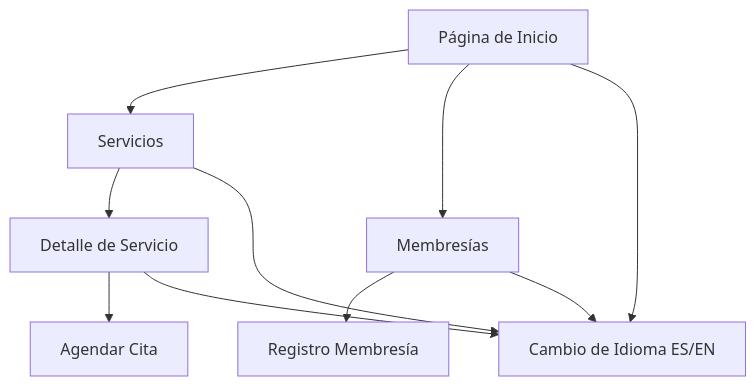
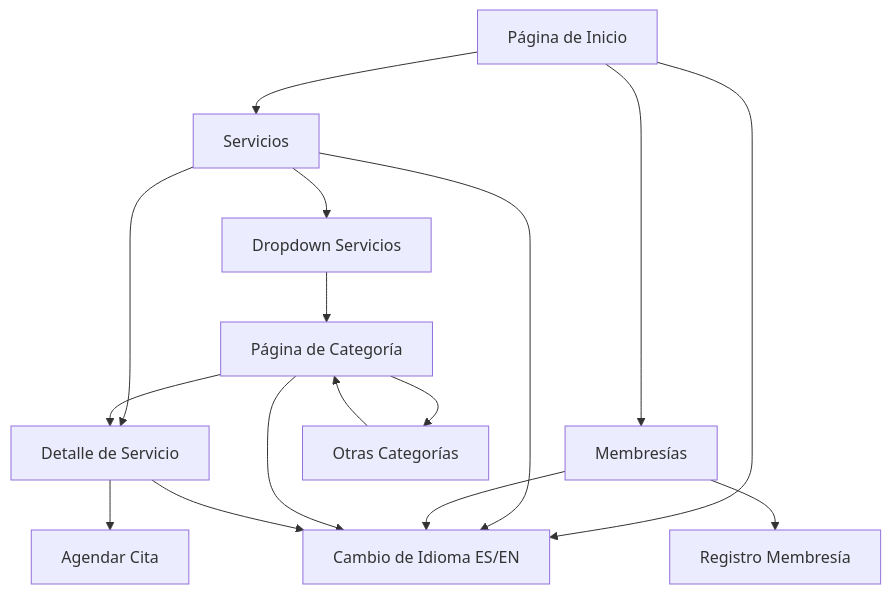
One commit to pedroagentesocial/renasci-medspa changed the diagram in .trae/documents/renasci-medspa-prd.md. Above: the diagram before and after it, drawn with Mermaid. The commit also changed other lines of this file and 118 other files, not shown here.

````diff
--- a/.trae/documents/renasci-medspa-prd.md
+++ b/.trae/documents/renasci-medspa-prd.md
@@ -58,12 +63,18 @@
 ```mermaid
 graph TD
     A[Página de Inicio] --> B[Servicios]
     A --> C[Membresías]
-    B --> D[Detalle de Servicio]
-    D --> E[Agendar Cita]
+    B --> D[Dropdown Servicios]
+    D --> H[Página de Categoría]
+    B --> I[Detalle de Servicio]
+    H --> I
+    I --> E[Agendar Cita]
     C --> F[Registro Membresía]
     A --> G[Cambio de Idioma ES/EN]
     B --> G
     C --> G
-    D --> G
+    H --> G
+    I --> G
+    H --> J[Otras Categorías]
+    J --> H
 ```
````
